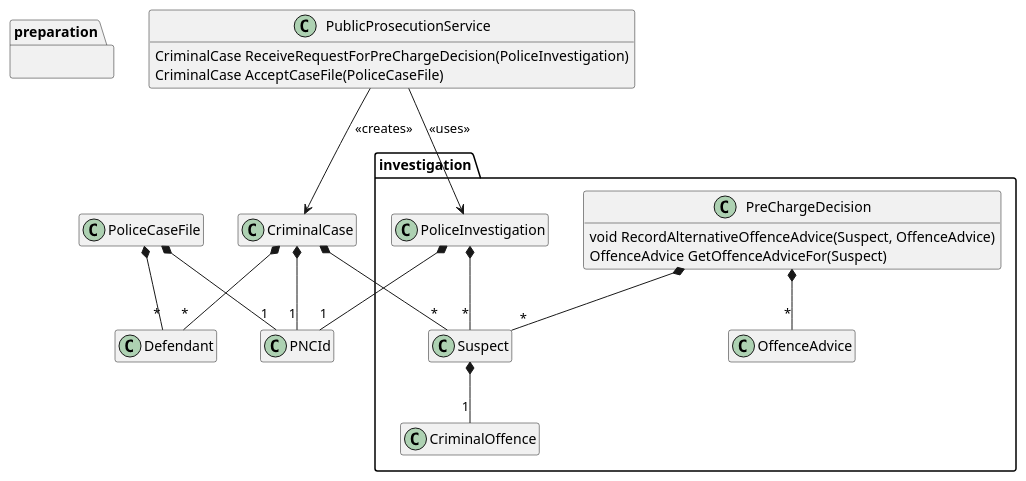
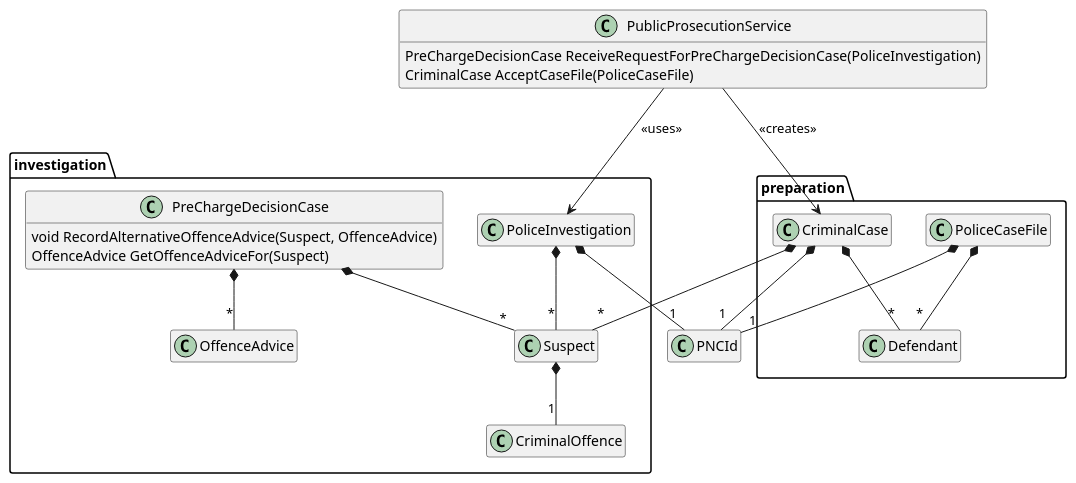
One commit to sswietoniowski/learning-csharp-domain-driven-desing-first-steps changed the diagram in docs/Domain-Model.puml. Above: the diagram before and after it, drawn with PlantUML.

Commit message:
Exercise 5 - DOCS - Update the diagram to show rename of PreChargeDecision to PreChargeDecisionCase, move of CriminalCase, Defendant and PoliceCaseFile to preparation package, change of signature of PublicProsecutionService.receiveRequestForPreChargeDecision, and removal of CriminalCase's suspect attribute

```diff
--- a/docs/Domain-Model.puml
+++ b/docs/Domain-Model.puml
@@ -1,63 +1,68 @@
 @startuml Public Prosecution Service
 
 hide empty members
 hide empty methods
 
 package investigation {
     class CriminalOffence {
     }
 
     class OffenceAdvice {
     }
 
     class PoliceInvestigation {
     }
 
-    class PreChargeDecision {
+    class PreChargeDecisionCase {
         void RecordAlternativeOffenceAdvice(Suspect, OffenceAdvice)
         OffenceAdvice GetOffenceAdviceFor(Suspect)
     }
 
     class Suspect    {
     }
 }
 
 package preparation {
-}
+    class CriminalCase {
+    }
 
-class CriminalCase {
+    class Defendant {
+    }
+
+    class PoliceCaseFile {
+    }
 }
 
 class PNCId {
 }
 
 class PublicProsecutionService {
-    CriminalCase ReceiveRequestForPreChargeDecision(PoliceInvestigation)
+    PreChargeDecisionCase ReceiveRequestForPreChargeDecisionCase(PoliceInvestigation)
     CriminalCase AcceptCaseFile(PoliceCaseFile)
 }
 
 Suspect *-- "1" CriminalOffence
 
 PoliceCaseFile *-- "1" PNCId
 
 PoliceCaseFile *-- "*" Defendant
 
 PoliceInvestigation *-- "1" PNCId
 
 PoliceInvestigation *-- "*" Suspect
 
-PreChargeDecision *-- "*" Suspect
+PreChargeDecisionCase *-- "*" Suspect
 
-PreChargeDecision *-- "*" OffenceAdvice
+PreChargeDecisionCase *-- "*" OffenceAdvice
 
 CriminalCase *-- "1" PNCId
 
 CriminalCase *-- "*" Suspect
 
 CriminalCase *-- "*" Defendant
 
 PublicProsecutionService --> CriminalCase : <<creates>>
 
 PublicProsecutionService --> PoliceInvestigation : <<uses>>
 
 @enduml
```
